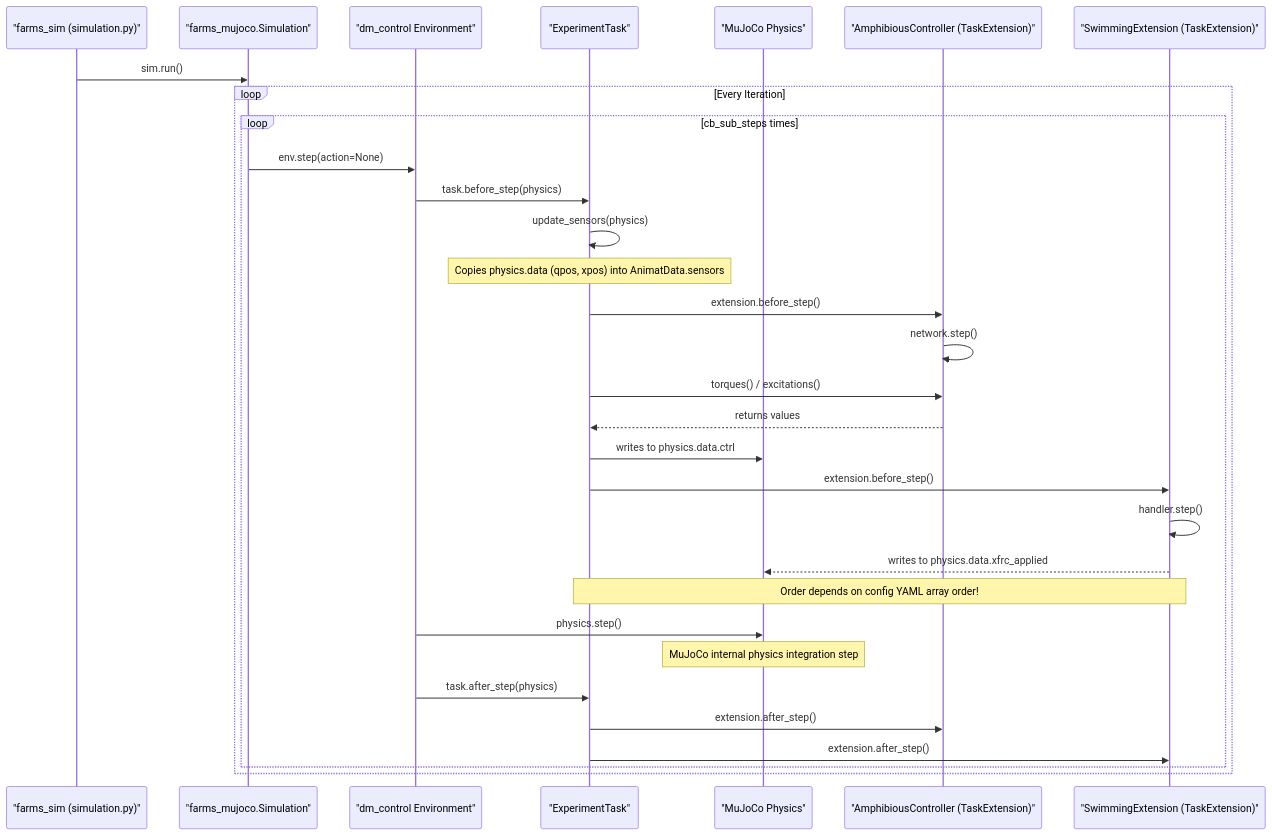
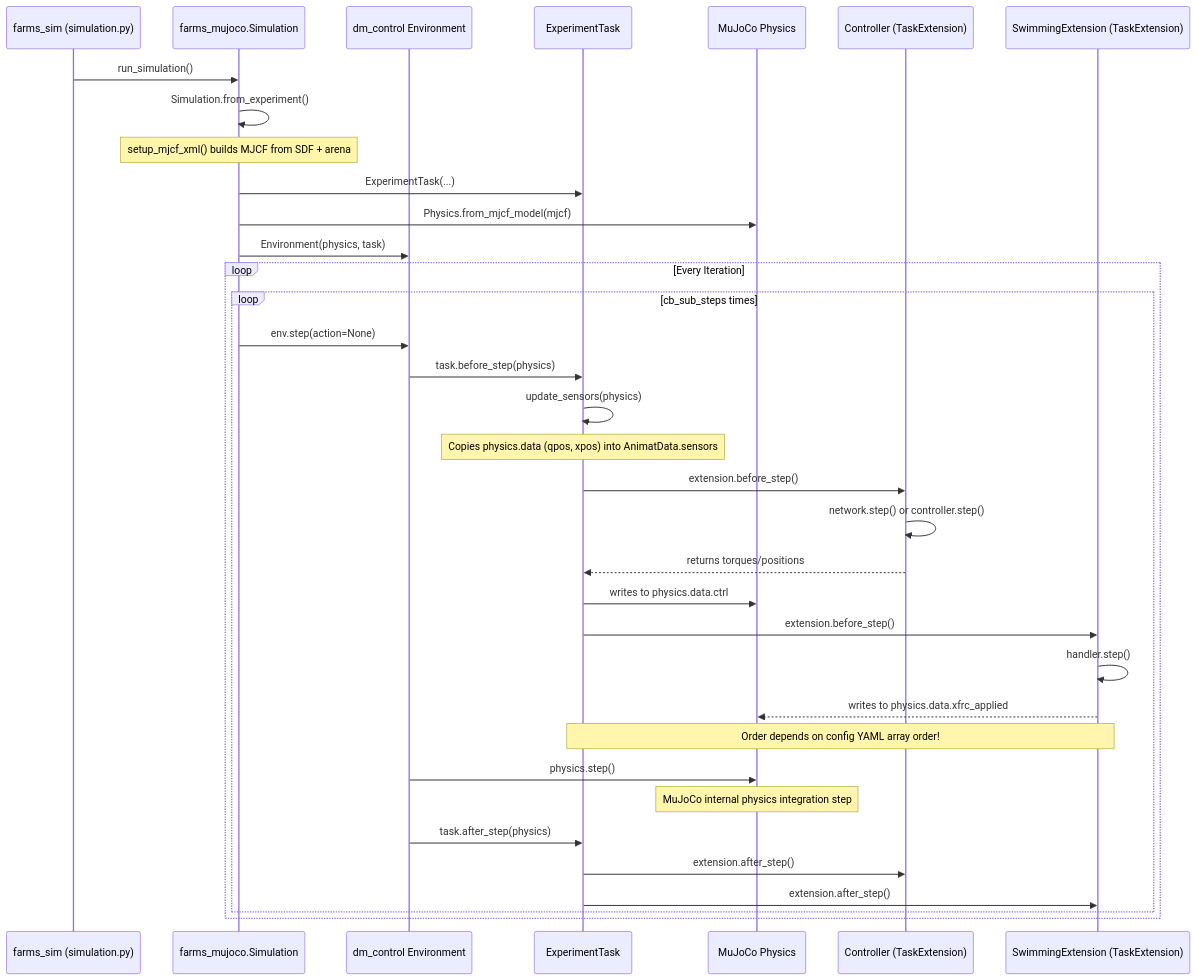
One commit to podalanga/farmsim_docs changed the sixth of 6 diagrams in reference/docs/architecture.md. Above: the diagram before and after it, drawn with Mermaid. The commit also changed other lines of this file and 21 other files, not shown here.

````diff
--- a/reference/docs/architecture.md
+++ b/reference/docs/architecture.md
@@ -199,39 +164,39 @@
 ```mermaid
 sequenceDiagram
-    participant App as "farms_sim (simulation.py)"
-    participant Sim as "farms_mujoco.Simulation"
-    participant Env as "dm_control Environment"
-    participant Task as "ExperimentTask"
-    participant Phys as "MuJoCo Physics"
-    participant CPG as "AmphibiousController (TaskExtension)"
-    participant Swim as "SwimmingExtension (TaskExtension)"
+    participant App as farms_sim (simulation.py)
+    participant Sim as farms_mujoco.Simulation
+    participant Env as dm_control Environment
+    participant Task as ExperimentTask
+    participant Phys as MuJoCo Physics
+    participant CPG as Controller (TaskExtension)
+    participant Swim as SwimmingExtension (TaskExtension)
 
-    App->>Sim: sim.run()
+    App->>Sim: run_simulation()
+    Sim->>Sim: Simulation.from_experiment()
+    Note over Sim: setup_mjcf_xml() builds MJCF from SDF + arena
+    Sim->>Task: ExperimentTask(...)
+    Sim->>Phys: Physics.from_mjcf_model(mjcf)
+    Sim->>Env: Environment(physics, task)
+
     loop Every Iteration
         loop cb_sub_steps times
             Sim->>Env: env.step(action=None)
             Env->>Task: task.before_step(physics)
-            
             Task->>Task: update_sensors(physics)
             Note over Task: Copies physics.data (qpos, xpos) into AnimatData.sensors
-
             Task->>CPG: extension.before_step()
-            CPG->>CPG: network.step()
-            Task->>CPG: torques() / excitations()
-            CPG-->>Task: returns values
+            CPG->>CPG: network.step() or controller.step()
+            CPG-->>Task: returns torques/positions
             Task->>Phys: writes to physics.data.ctrl
-            
             Task->>Swim: extension.before_step()
             Swim->>Swim: handler.step()
             Swim-->>Phys: writes to physics.data.xfrc_applied
             Note over Task,Swim: Order depends on config YAML array order!
-
             Env->>Phys: physics.step()
             Note over Phys: MuJoCo internal physics integration step
-            
             Env->>Task: task.after_step(physics)
             Task->>CPG: extension.after_step()
             Task->>Swim: extension.after_step()
         end
     end
 ```
````
